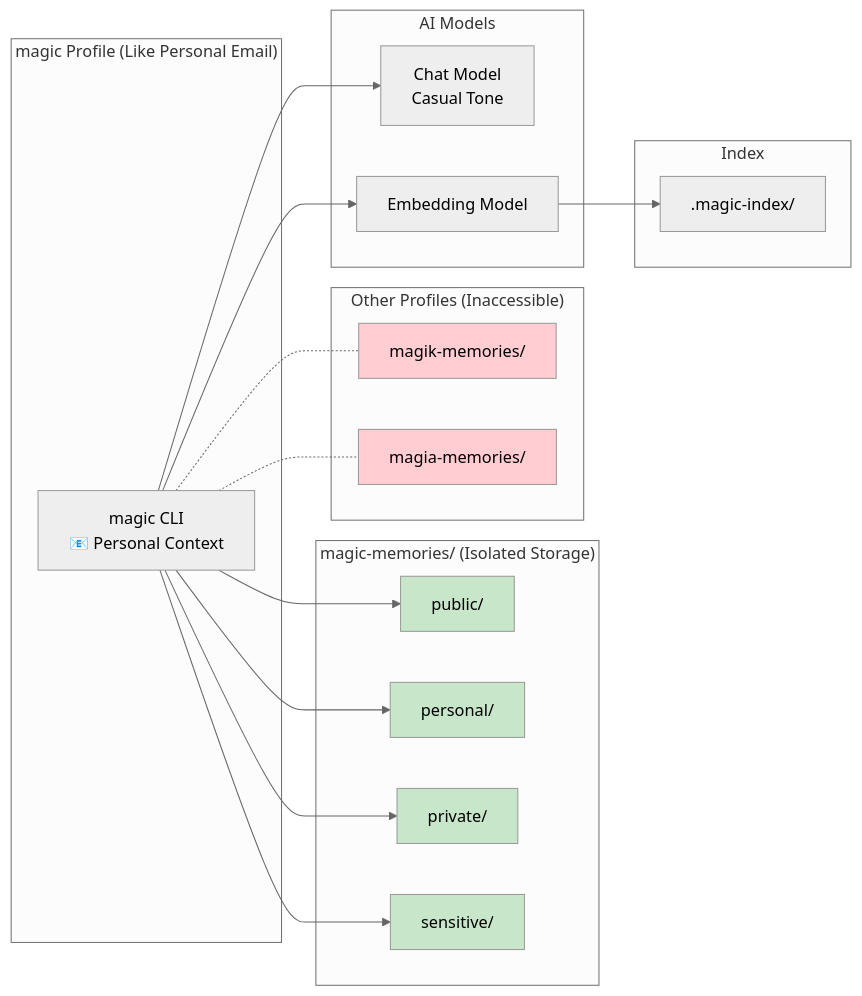
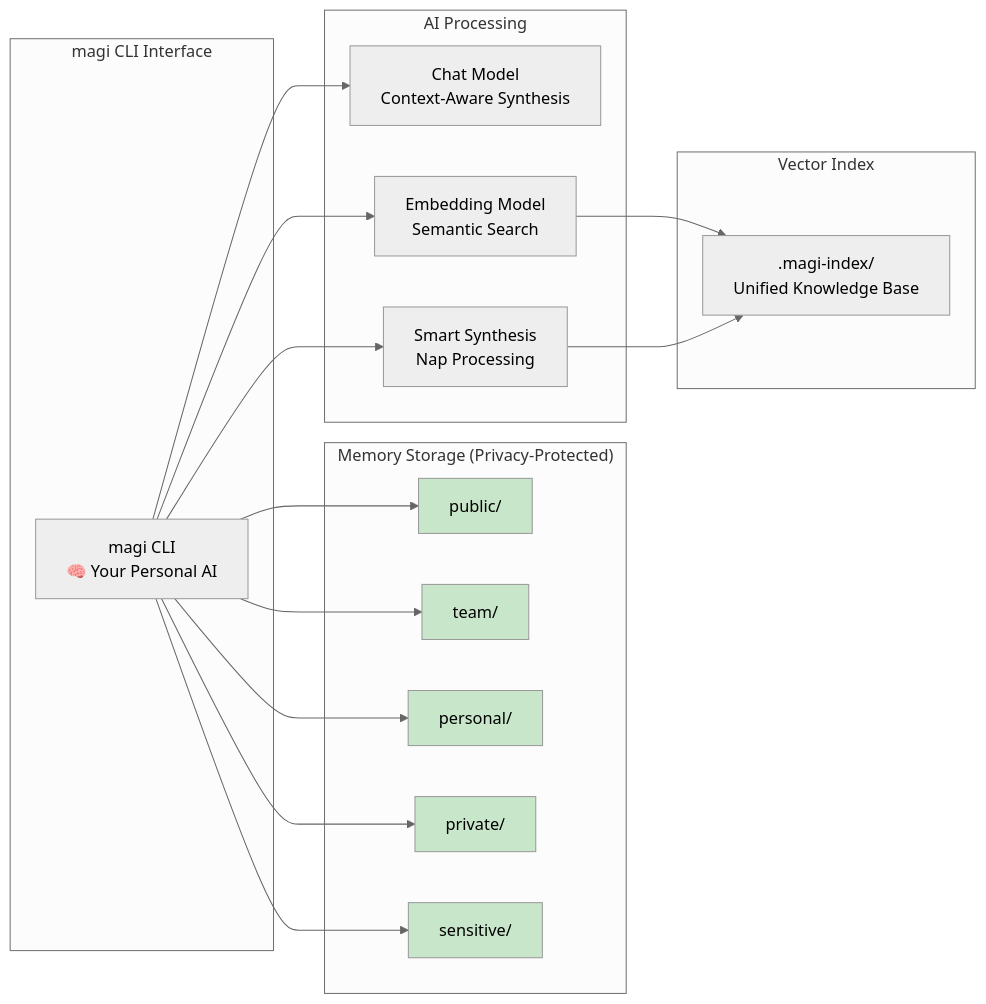
Before and after one commit to dossant-llc/magi: the third of 9 diagrams in docs/architecture/ARCHITECTURE_SUMMARY.md, drawn with Mermaid (neutral theme). The commit also changed other lines of this file and 7 other files, not shown here.

First line of the commit message:
docs: Update architecture documentation and project metadata

````diff
--- a/docs/architecture/ARCHITECTURE_SUMMARY.md
+++ b/docs/architecture/ARCHITECTURE_SUMMARY.md
@@ -203,42 +164,39 @@
 ```mermaid
 graph LR
-    subgraph "magic Profile (Like Personal Email)"
-        MP[magic CLI<br/>📧 Personal Context]
+    subgraph "magi CLI Interface"
+        CLI[magi CLI<br/>🧠 Your Personal AI]
     end
-    
-    subgraph "magic-memories/ (Isolated Storage)"
+
+    subgraph "Memory Storage (Privacy-Protected)"
         PUB[public/]:::allowed
+        TEAM[team/]:::allowed
         PERS[personal/]:::allowed
         PRIV[private/]:::allowed
         SENS[sensitive/]:::allowed
     end
-    
-    subgraph "Other Profiles (Inaccessible)"
-        BUSINESS[magik-memories/]:::blocked
-        DEV[magia-memories/]:::blocked
+
+    subgraph "AI Processing"
+        CHAT[Chat Model<br/>Context-Aware Synthesis]
+        EMBED[Embedding Model<br/>Semantic Search]
+        SYNTHESIS[Smart Synthesis<br/>Nap Processing]
     end
-    
-    subgraph "AI Models"
-        CHAT[Chat Model<br/>Casual Tone]
-        EMBED[Embedding Model]
+
+    subgraph "Vector Index"
+        IDX[.magi-index/<br/>Unified Knowledge Base]
     end
-    
-    subgraph "Index"
-        IDX[.magic-index/]
-    end
-    
-    MP --> PUB
-    MP --> PERS
-    MP --> PRIV
-    MP --> SENS
-    
-    MP -.- BUSINESS
-    MP -.- DEV
-    
-    MP --> CHAT
-    MP --> EMBED
+
+    CLI --> PUB
+    CLI --> TEAM
+    CLI --> PERS
+    CLI --> PRIV
+    CLI --> SENS
+
+    CLI --> CHAT
+    CLI --> EMBED
+    CLI --> SYNTHESIS
+
     EMBED --> IDX
-    
+    SYNTHESIS --> IDX
+
     classDef allowed fill:#c8e6c9
-    classDef blocked fill:#ffcdd2
 ```
````
